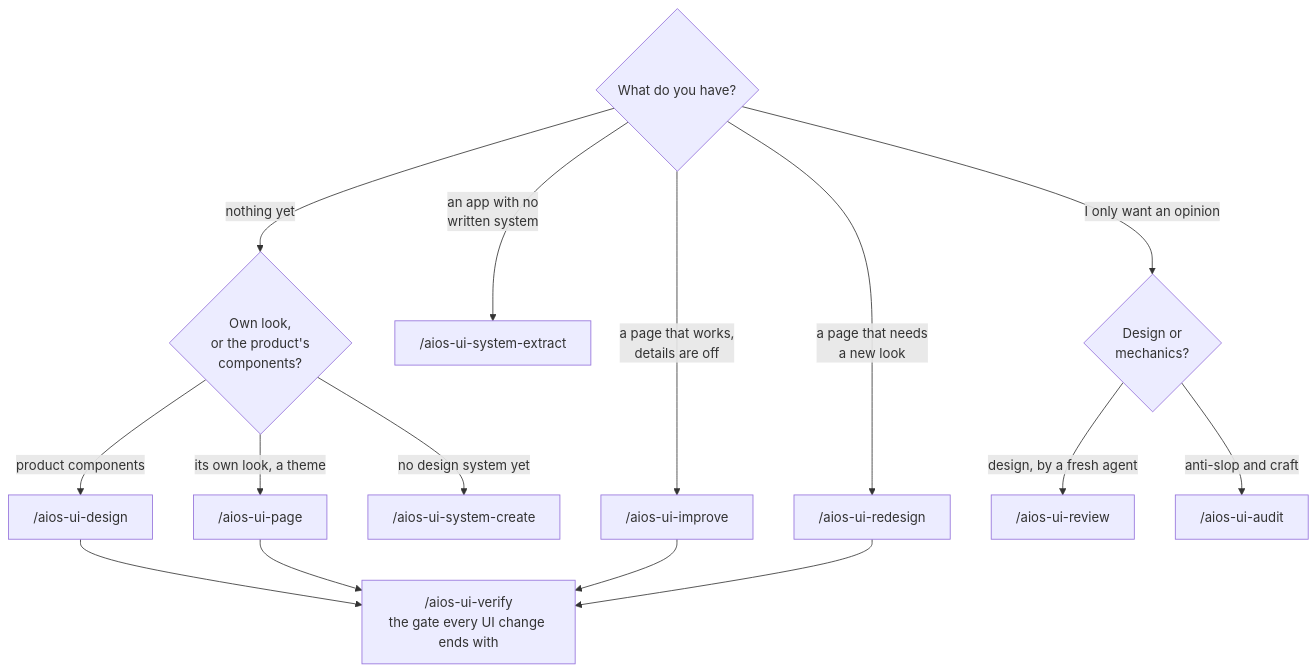
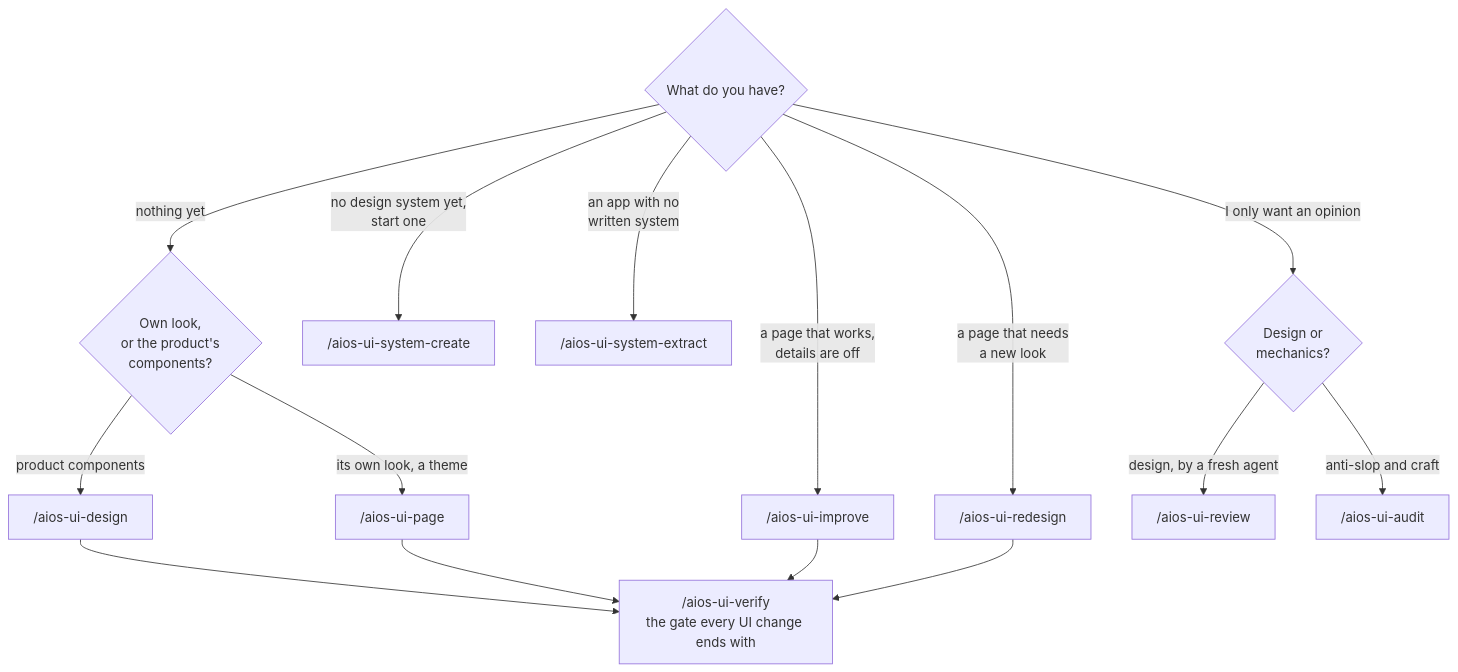
One commit to eddremonts86/ai-os changed the third of 6 diagrams in README.md. Above: the diagram before and after it, drawn with Mermaid. The commit also changed 1 other file, not shown here.

Commit message:
docs: fix the design flowchart branch and the ui-sdk installer note

````diff
--- a/README.md
+++ b/README.md
@@ -126,14 +126,14 @@
 ```mermaid
 flowchart TD
   Q{"What do you have?"} -- "nothing yet" --> N{"Own look,<br/>or the product's<br/>components?"}
   N -- "product components" --> D["/aios-ui-design"]
   N -- "its own look, a theme" --> PG["/aios-ui-page"]
-  N -- "no design system yet" --> SC["/aios-ui-system-create"]
+  Q -- "no design system yet,<br/>start one" --> SC["/aios-ui-system-create"]
   Q -- "an app with no<br/>written system" --> SE["/aios-ui-system-extract"]
   Q -- "a page that works,<br/>details are off" --> I["/aios-ui-improve"]
   Q -- "a page that needs<br/>a new look" --> RD["/aios-ui-redesign"]
   Q -- "I only want an opinion" --> O{"Design or<br/>mechanics?"}
   O -- "design, by a fresh agent" --> RV["/aios-ui-review"]
   O -- "anti-slop and craft" --> AU["/aios-ui-audit"]
   D & PG & I & RD --> VF["/aios-ui-verify<br/>the gate every UI change ends with"]
 ```
````
